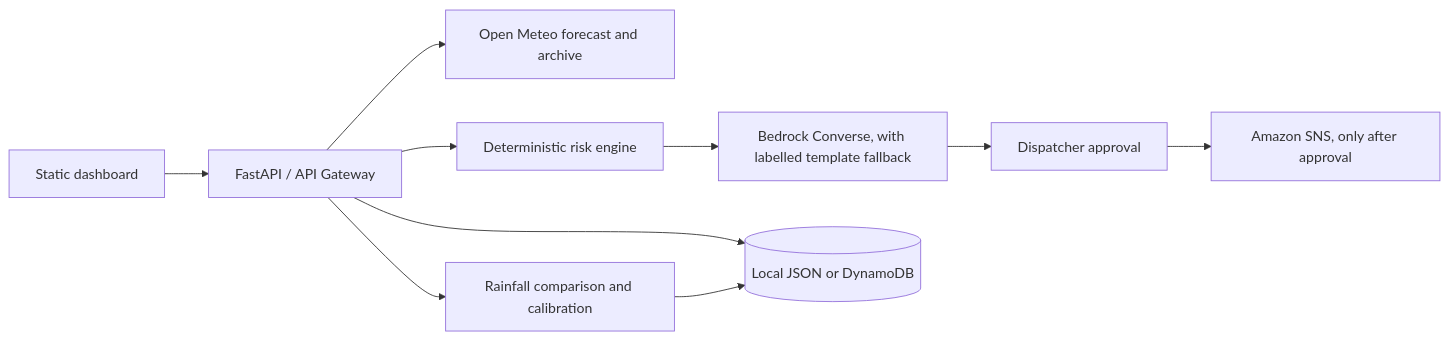
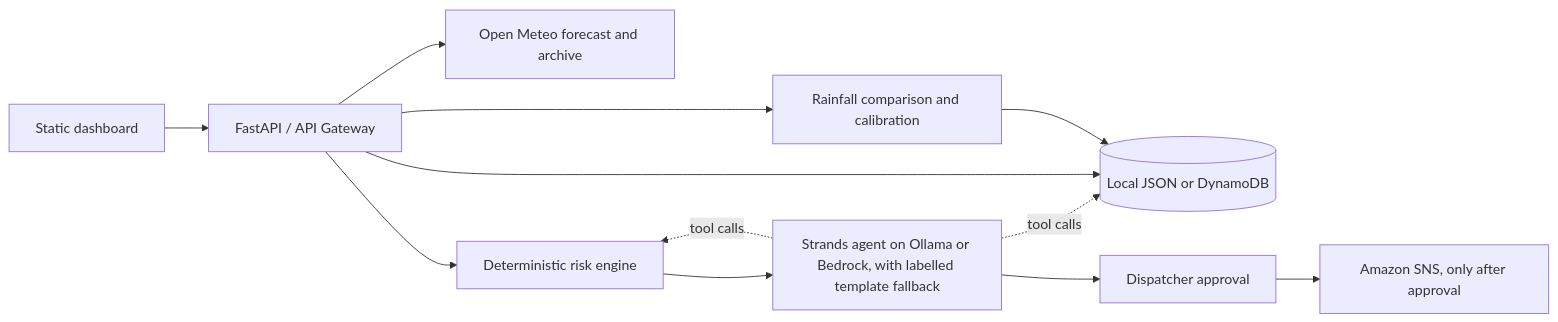
One commit to Dakshhhhh-ops/Environmental-hacks changed the diagram in README.md. Above: the diagram before and after it, drawn with Mermaid. The commit also changed other lines of this file and 2 other files, not shown here.

Commit message:
Ground agent prose in computed status; document Strands agent, demo date and limits

````diff
--- a/README.md
+++ b/README.md
@@ -16,12 +22,14 @@
 ```mermaid
 flowchart LR
   Browser[Static dashboard] --> API[FastAPI / API Gateway]
   API --> OM[Open Meteo forecast and archive]
   API --> Risk[Deterministic risk engine]
-  Risk --> AI[Bedrock Converse, with labelled template fallback]
+  Risk --> AI[Strands agent on Ollama or Bedrock, with labelled template fallback]
+  AI -. tool calls .-> Risk
+  AI -. tool calls .-> Store
   AI --> Review[Dispatcher approval]
   Review --> SNS[Amazon SNS, only after approval]
   API --> Store[(Local JSON or DynamoDB)]
   API --> Verify[Rainfall comparison and calibration]
   Verify --> Store
 ```
````
